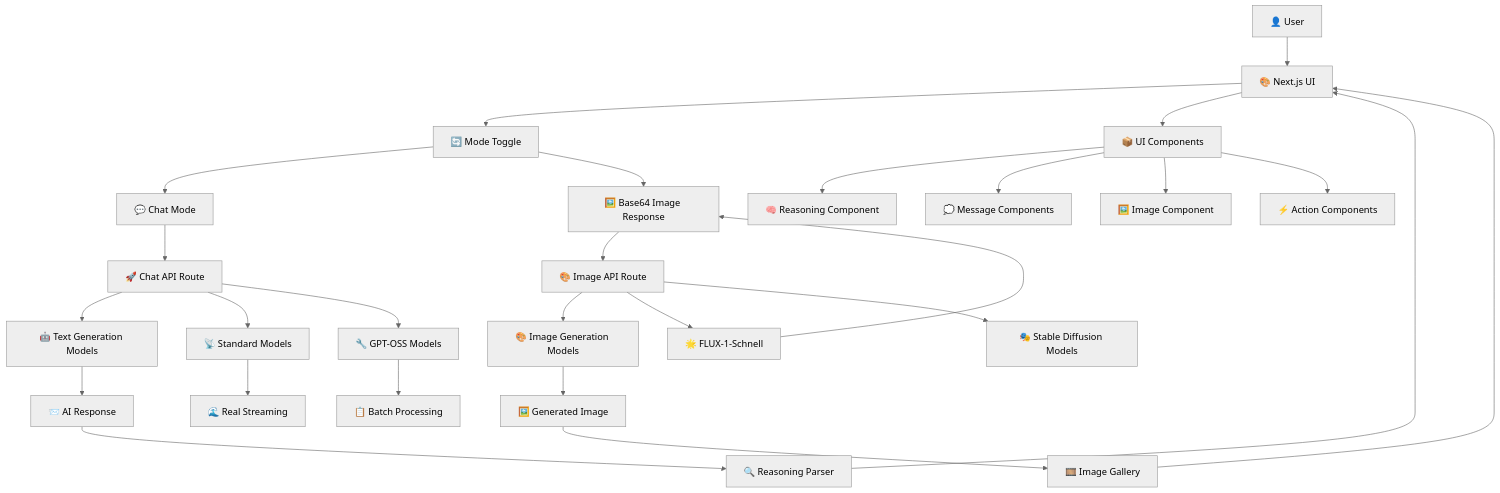
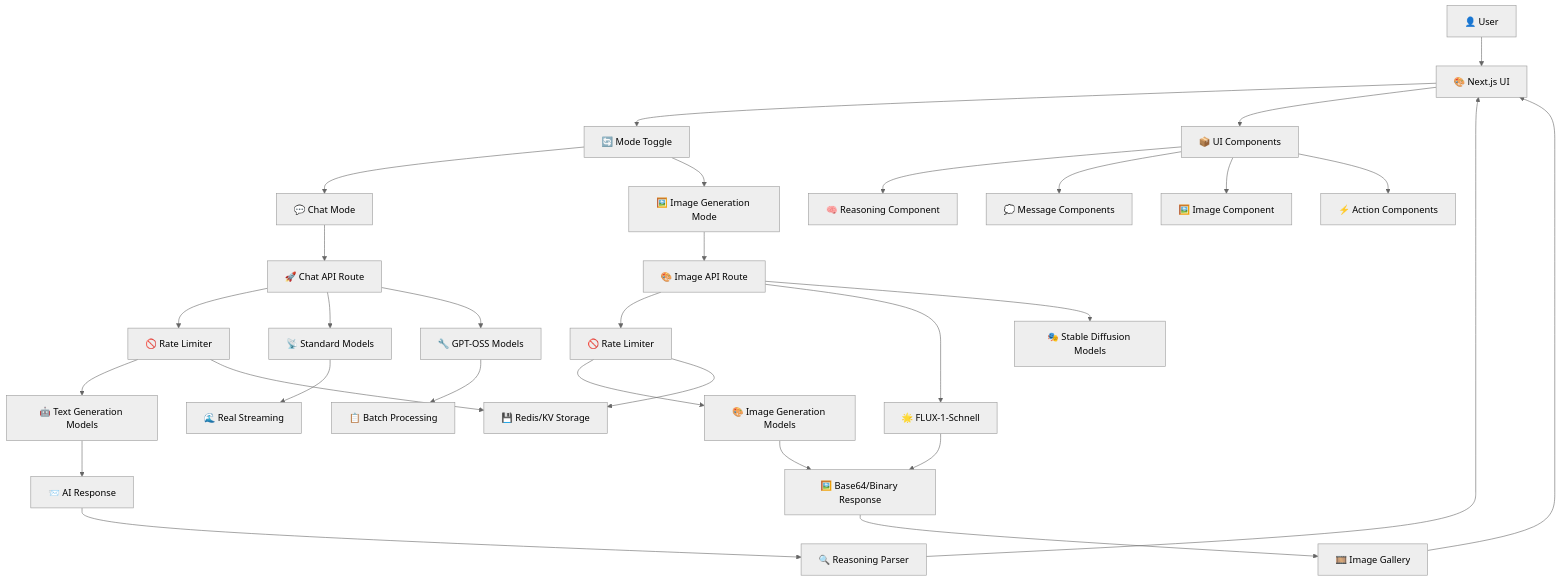
One commit to devhims/opengpt changed the first of 18 diagrams in architecture.md. Above: the diagram before and after it, drawn with Mermaid (neutral theme). The commit also changed other lines of this file and 16 other files, not shown here.

````diff
--- a/architecture.md
+++ b/architecture.md
@@ -9,37 +11,43 @@
 ```mermaid
 graph TB
     User[👤 User] --> UI[🎨 Next.js UI]
     UI --> ModeToggle[🔄 Mode Toggle]
 
     ModeToggle --> Chat[💬 Chat Mode]
     ModeToggle --> ImageGen[🖼️ Image Generation Mode]
 
     Chat --> ChatAPI[🚀 Chat API Route]
     ImageGen --> ImageAPI[🎨 Image API Route]
 
-    ChatAPI --> TextModels[🤖 Text Generation Models]
-    ImageAPI --> ImageModels[🎨 Image Generation Models]
+    ChatAPI --> RateLimit1[🚫 Rate Limiter]
+    ImageAPI --> RateLimit2[🚫 Rate Limiter]
+
+    RateLimit1 --> TextModels[🤖 Text Generation Models]
+    RateLimit2 --> ImageModels[🎨 Image Generation Models]
 
     UI --> Components[📦 UI Components]
     Components --> Reasoning[🧠 Reasoning Component]
     Components --> Messages[💭 Message Components]
     Components --> ImageComp[🖼️ Image Component]
     Components --> Actions[⚡ Action Components]
 
     ChatAPI --> Standard[📡 Standard Models]
     ChatAPI --> GPT[🔧 GPT-OSS Models]
     ImageAPI --> FLUX[🌟 FLUX-1-Schnell]
     ImageAPI --> StableDiff[🎭 Stable Diffusion Models]
 
     Standard --> Stream[🌊 Real Streaming]
     GPT --> Batch[📋 Batch Processing]
-    FLUX --> ImageGen[🖼️ Base64 Image Response]
+    FLUX --> ImageResponse[🖼️ Base64/Binary Response]
 
     TextModels --> Response[📨 AI Response]
     Response --> Parser[🔍 Reasoning Parser]
     Parser --> UI
 
-    ImageModels --> ImageResponse[🖼️ Generated Image]
+    ImageModels --> ImageResponse
     ImageResponse --> Gallery[🎞️ Image Gallery]
     Gallery --> UI
+
+    RateLimit1 --> Storage1[💾 Redis/KV Storage]
+    RateLimit2 --> Storage1
 ```
````
